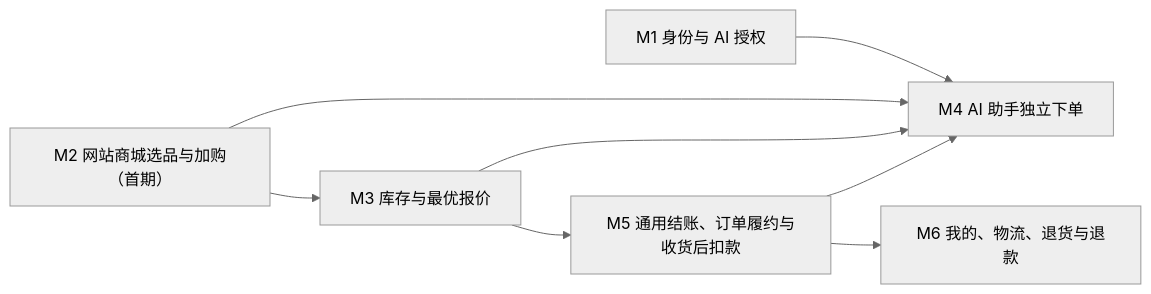
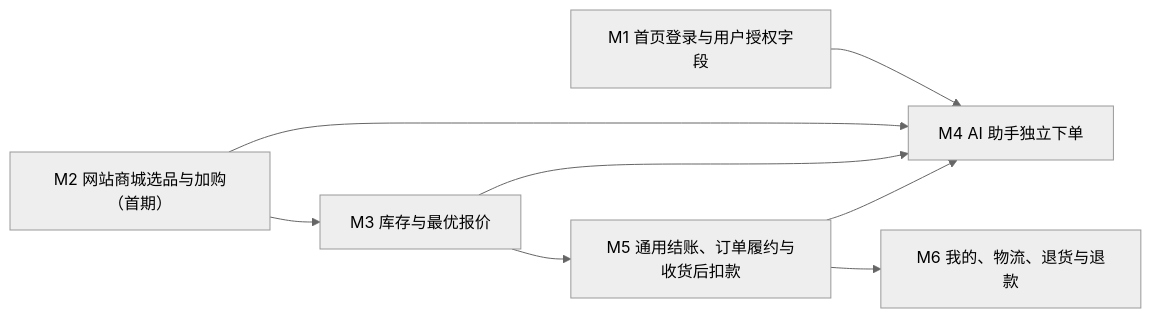
One commit to sunqun/ai-shop-assistant changed the diagram in docs/v0.1.0/module-delivery-splitting.md. Above: the diagram before and after it, drawn with Mermaid (neutral theme). The commit also changed other lines of this file and 53 other files, not shown here.

````diff
--- a/docs/v0.1.0/module-delivery-splitting.md
+++ b/docs/v0.1.0/module-delivery-splitting.md
@@ -49,10 +49,10 @@
 ```mermaid
 flowchart LR
   M2["M2 网站商城选品与加购（首期）"] --> M3["M3 库存与最优报价"]
-  M1["M1 身份与 AI 授权"] --> M4["M4 AI 助手独立下单"]
+  M1["M1 首页登录与用户授权字段"] --> M4["M4 AI 助手独立下单"]
   M2 --> M4
   M3 --> M4
   M3 --> M5["M5 通用结账、订单履约与收货后扣款"]
   M5 --> M4
   M5 --> M6["M6 我的、物流、退货与退款"]
 ```
````
